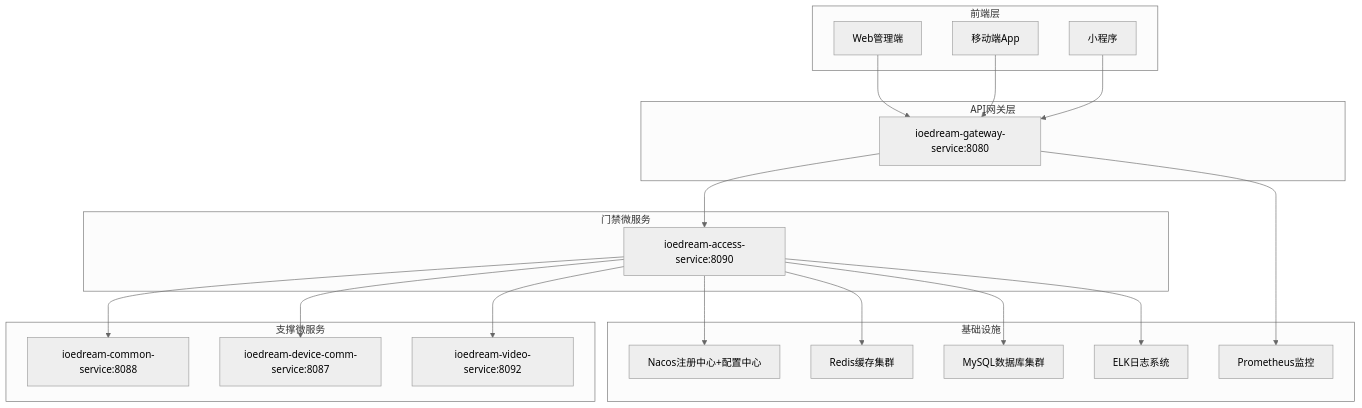
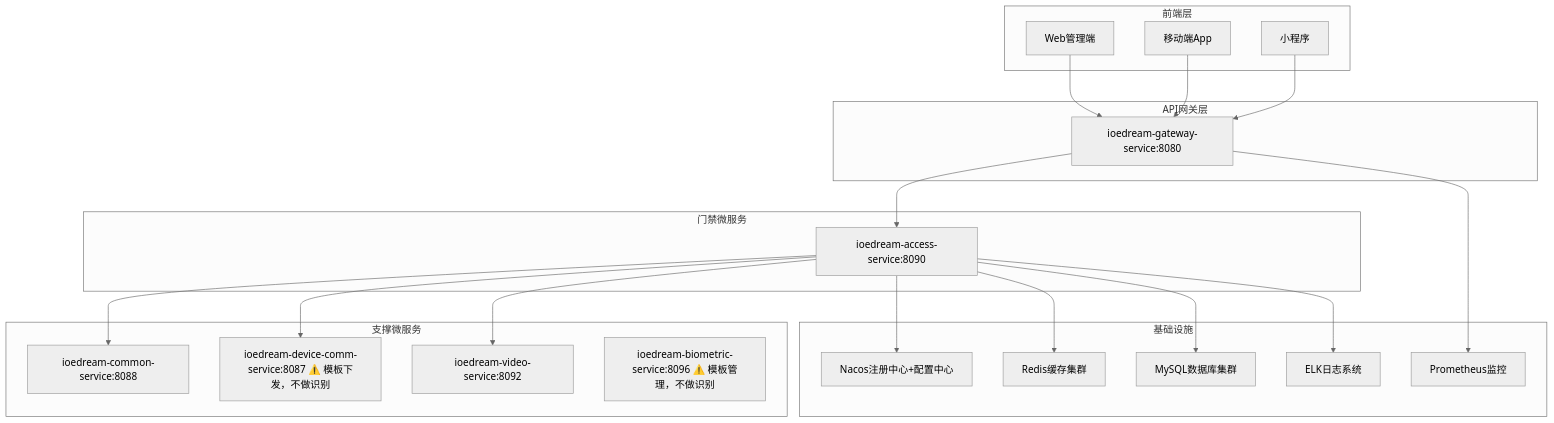
The second of 10 diagrams in documentation/业务模块/03-门禁管理模块/00-门禁微服务总体设计文档.md (wilson323/IOE-DREAMfornew), drawn with Mermaid (neutral theme) before and after one commit. The commit also changed other lines of this file and 289 other files, not shown here.

````diff
--- a/documentation/业务模块/03-门禁管理模块/00-门禁微服务总体设计文档.md
+++ b/documentation/业务模块/03-门禁管理模块/00-门禁微服务总体设计文档.md
@@ -39,46 +91,47 @@
 ```mermaid
 graph TB
     subgraph "前端层"
         WEB[Web管理端]
         MOBILE[移动端App]
         MINI[小程序]
     end
 
     subgraph "API网关层"
         GATEWAY[ioedream-gateway-service:8080]
     end
 
     subgraph "门禁微服务"
         ACCESS[ioedream-access-service:8090]
     end
 
     subgraph "支撑微服务"
         COMMON[ioedream-common-service:8088]
-        DEVICE_COMM[ioedream-device-comm-service:8087]
+        DEVICE_COMM[ioedream-device-comm-service:8087 ⚠️ 模板下发，不做识别]
         VIDEO[ioedream-video-service:8092]
+        BIOMETRIC[ioedream-biometric-service:8096 ⚠️ 模板管理，不做识别]
     end
 
     subgraph "基础设施"
         NACOS[Nacos注册中心+配置中心]
         REDIS[Redis缓存集群]
         MYSQL[MySQL数据库集群]
         PROMETHEUS[Prometheus监控]
         ELK[ELK日志系统]
     end
 
     WEB --> GATEWAY
     MOBILE --> GATEWAY
     MINI --> GATEWAY
 
     GATEWAY --> ACCESS
     ACCESS --> COMMON
     ACCESS --> DEVICE_COMM
     ACCESS --> VIDEO
 
     ACCESS --> NACOS
     ACCESS --> REDIS
     ACCESS --> MYSQL
 
     GATEWAY --> PROMETHEUS
     ACCESS --> ELK
 ```
````
